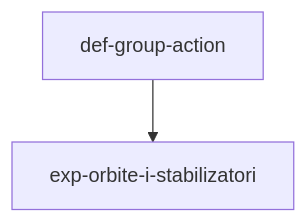
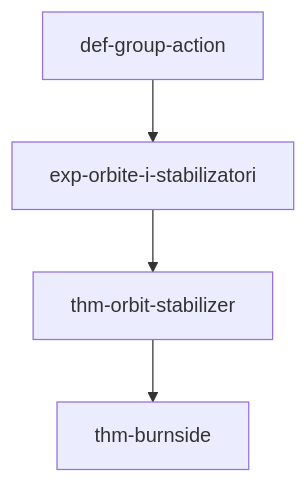
Before and after one commit to matsek-fer/reader: the fourth of 7 diagrams in examples/mini-vault/views/dag.md, drawn with Mermaid. The commit also changed other lines of this file and 318 other files, not shown here.

````diff
--- a/examples/mini-vault/views/dag.md
+++ b/examples/mini-vault/views/dag.md
@@ -61,6 +68,10 @@
 ```mermaid
 graph TD
     def_group_action["def-group-action"]
     exp_orbite_i_stabilizatori["exp-orbite-i-stabilizatori"]
+    thm_orbit_stabilizer["thm-orbit-stabilizer"]
+    thm_burnside["thm-burnside"]
     def_group_action --> exp_orbite_i_stabilizatori
+    thm_orbit_stabilizer --> thm_burnside
+    exp_orbite_i_stabilizatori --> thm_orbit_stabilizer
 ```
````
